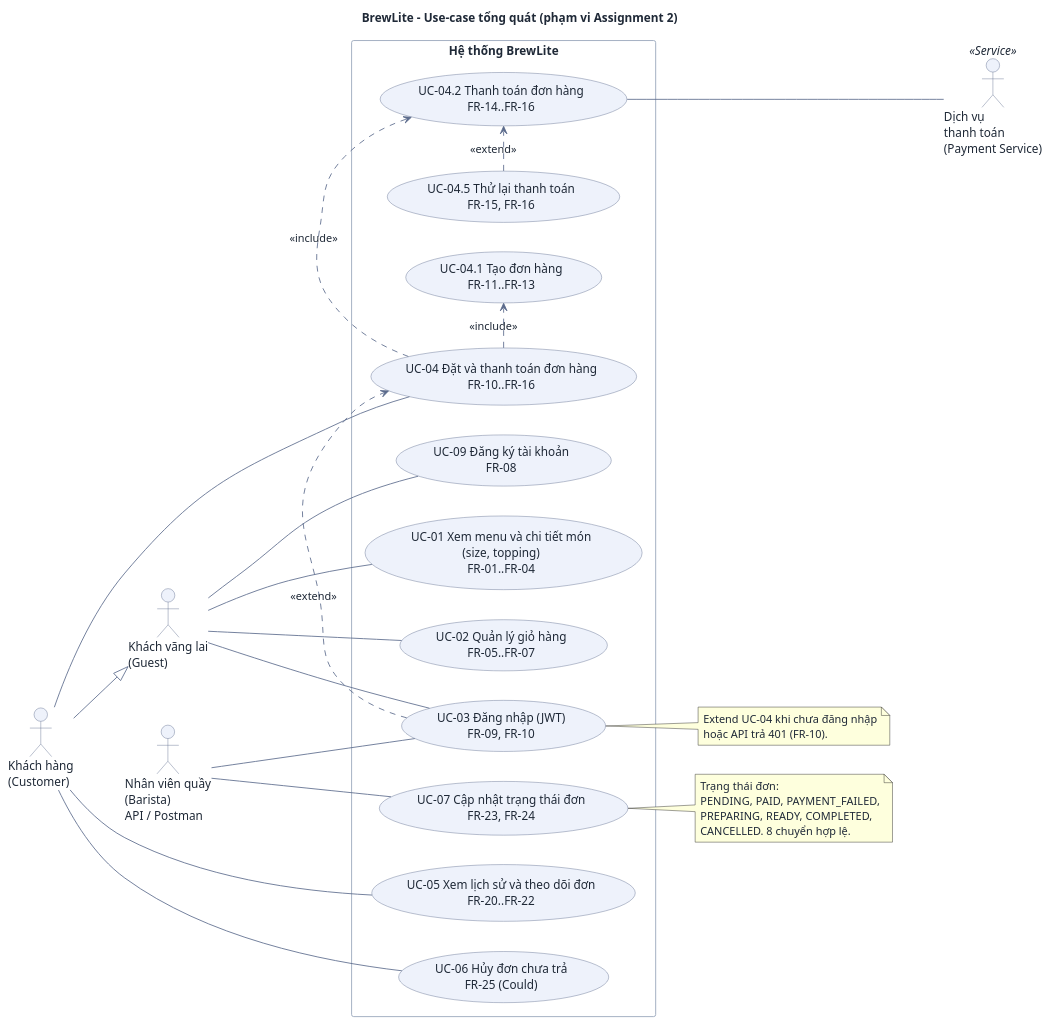
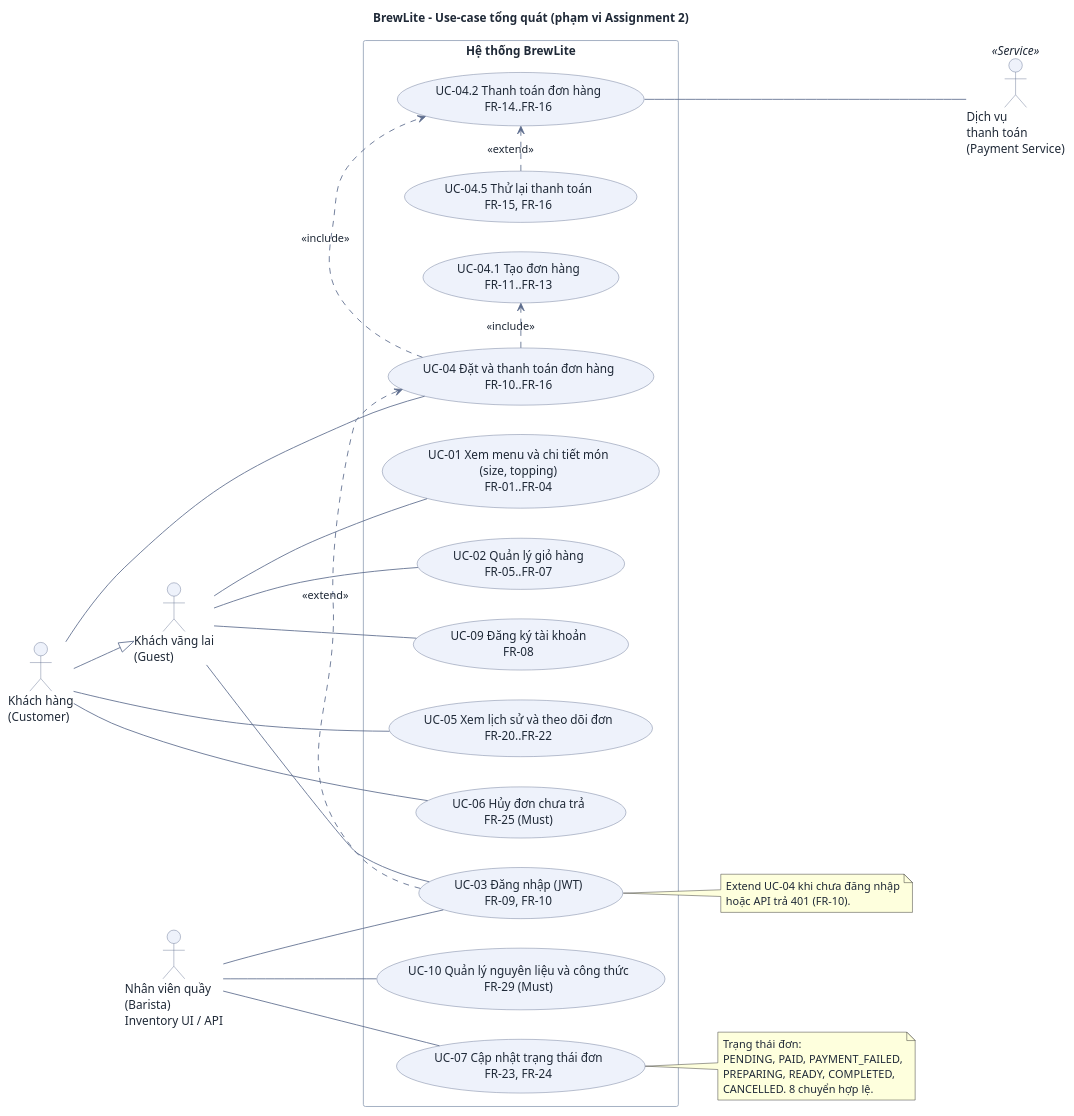
The diagram in docs/requirements/use-case-overview.puml (DuVinhLoi/BrewLite), drawn with PlantUML before and after one commit. The commit also changed 100 other files, not shown here.

```diff
--- a/docs/requirements/use-case-overview.puml
+++ b/docs/requirements/use-case-overview.puml
@@ -1,72 +1,74 @@
 @startuml use-case-overview
 ' BrewLite A2 - Use-case diagram tong quat (de A2 3.2 muc 5). Nguon: docs/requirements/srs.md muc 2.
 skinparam DefaultFontColor #1f2937
 skinparam ArrowColor #5b6b8c
 skinparam ArrowFontColor #1f2937
 skinparam PackageBackgroundColor #f8fafc
 skinparam PackageBorderColor #94a3b8
 skinparam RectangleBackgroundColor #ffffff
 skinparam RectangleBorderColor #94a3b8
 skinparam ActorBackgroundColor #eef2fb
 skinparam ActorBorderColor #5b6b8c
 skinparam UsecaseBackgroundColor #eef2fb
 skinparam UsecaseBorderColor #5b6b8c
 skinparam Shadowing false
 
 left to right direction
 
 title BrewLite - Use-case tổng quát (phạm vi Assignment 2)
 
 actor "Khách vãng lai\n(Guest)" as Guest
 actor "Khách hàng\n(Customer)" as Customer
-actor "Nhân viên quầy\n(Barista)\nAPI / Postman" as Barista
+actor "Nhân viên quầy\n(Barista)\nInventory UI / API" as Barista
 actor "Dịch vụ\nthanh toán\n(Payment Service)" as Pay <<Service>>
 
 Customer --|> Guest
 
 rectangle "Hệ thống BrewLite" {
   usecase "UC-01 Xem menu và chi tiết món\n(size, topping)\nFR-01..FR-04" as UC01
   usecase "UC-02 Quản lý giỏ hàng\nFR-05..FR-07" as UC02
   usecase "UC-03 Đăng nhập (JWT)\nFR-09, FR-10" as UC03
   usecase "UC-09 Đăng ký tài khoản\nFR-08" as UC09
   usecase "UC-04 Đặt và thanh toán đơn hàng\nFR-10..FR-16" as UC04
   usecase "UC-04.1 Tạo đơn hàng\nFR-11..FR-13" as UC041
   usecase "UC-04.2 Thanh toán đơn hàng\nFR-14..FR-16" as UC042
   usecase "UC-04.5 Thử lại thanh toán\nFR-15, FR-16" as UC045
   usecase "UC-05 Xem lịch sử và theo dõi đơn\nFR-20..FR-22" as UC05
-  usecase "UC-06 Hủy đơn chưa trả\nFR-25 (Could)" as UC06
+  usecase "UC-06 Hủy đơn chưa trả\nFR-25 (Must)" as UC06
+  usecase "UC-10 Quản lý nguyên liệu và công thức\nFR-29 (Must)" as UC10
   usecase "UC-07 Cập nhật trạng thái đơn\nFR-23, FR-24" as UC07
 }
 
 Guest --- UC01
 Guest --- UC02
 Guest --- UC03
 Guest --- UC09
 
 Customer --- UC04
 Customer --- UC05
 Customer --- UC06
 
 Barista --- UC03
 Barista --- UC07
+Barista --- UC10
 
 UC04 .> UC041 : <<include>>
 UC04 .> UC042 : <<include>>
 UC045 .> UC042 : <<extend>>
 UC03 .> UC04 : <<extend>>
 
 UC042 --- Pay
 
 note right of UC03
   Extend UC-04 khi chưa đăng nhập
   hoặc API trả 401 (FR-10).
 end note
 
 note right of UC07
   Trạng thái đơn:
   PENDING, PAID, PAYMENT_FAILED,
   PREPARING, READY, COMPLETED,
   CANCELLED. 8 chuyển hợp lệ.
 end note
 
 @enduml
```
